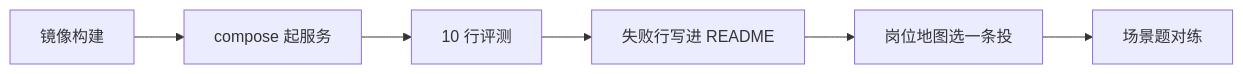
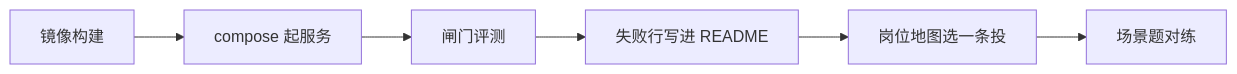
One commit to SabreKeyZ/agent-xuetang changed the diagram in docs/weeks/08-ship-and-job.md. Above: the diagram before and after it, drawn with Mermaid. The commit also changed other lines of this file and 193 other files, not shown here.

````diff
--- a/docs/weeks/08-ship-and-job.md
+++ b/docs/weeks/08-ship-and-job.md
@@ -28,8 +27,8 @@
 ```mermaid
 flowchart LR
   A[镜像构建] --> B[compose 起服务]
-  B --> C[10 行评测]
+  B --> C[闸门评测]
   C --> D[失败行写进 README]
   D --> E[岗位地图选一条投]
   E --> F[场景题对练]
 ```
````
